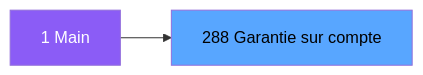
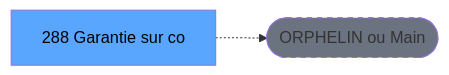
Before and after one commit to thonyAGP/lecteur-magic: the second of 3 diagrams in .openspec/renders/ADH-IDE-288.md, drawn with Mermaid. The commit also changed other lines of this file and 701 other files, not shown here.

````diff
--- a/.openspec/renders/ADH-IDE-288.md
+++ b/.openspec/renders/ADH-IDE-288.md
@@ -139,8 +138,8 @@
 ```mermaid
 graph LR
-    M[1 Main]
-    T[288 Garantie sur compte]
-    M --> T
-    style M fill:#8b5cf6,color:#fff
+    T[288 Garantie sur co]
+    ORPHAN([ORPHELIN ou Main])
+    T -.-> ORPHAN
     style T fill:#58a6ff,color:#000
+    style ORPHAN fill:#6b7280,stroke-dasharray: 5 5
 ```
````
